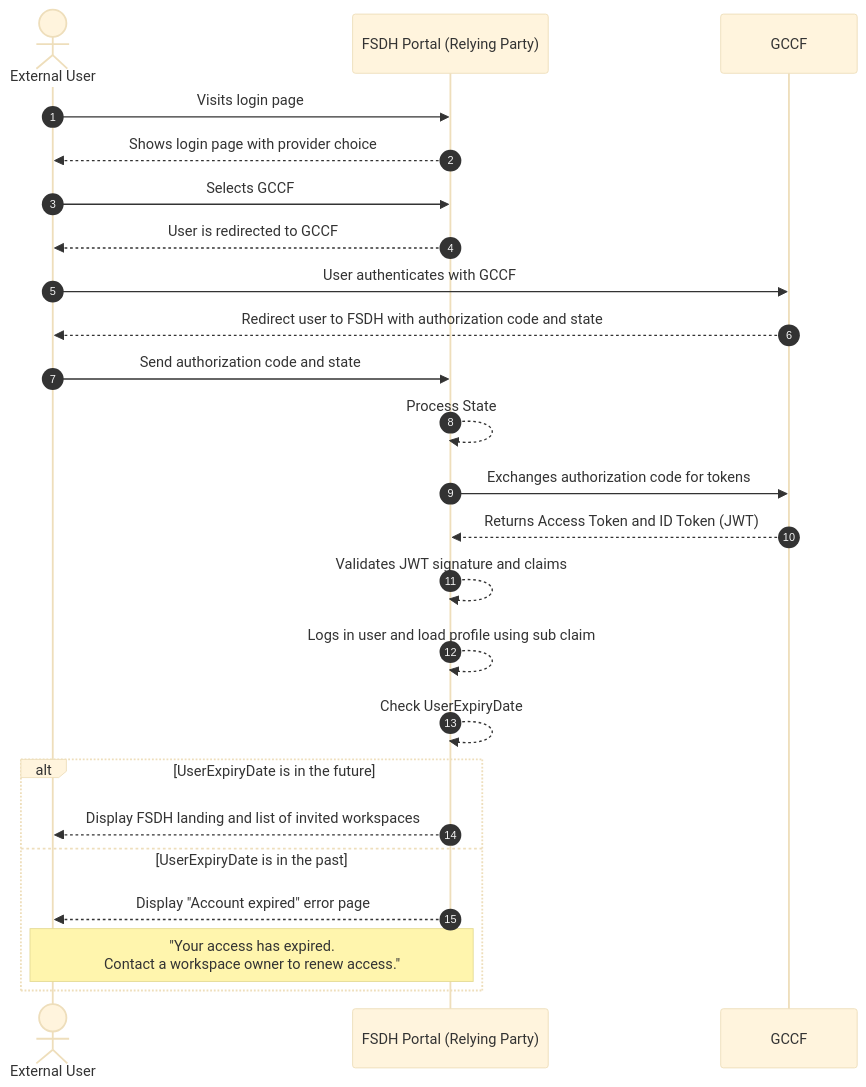
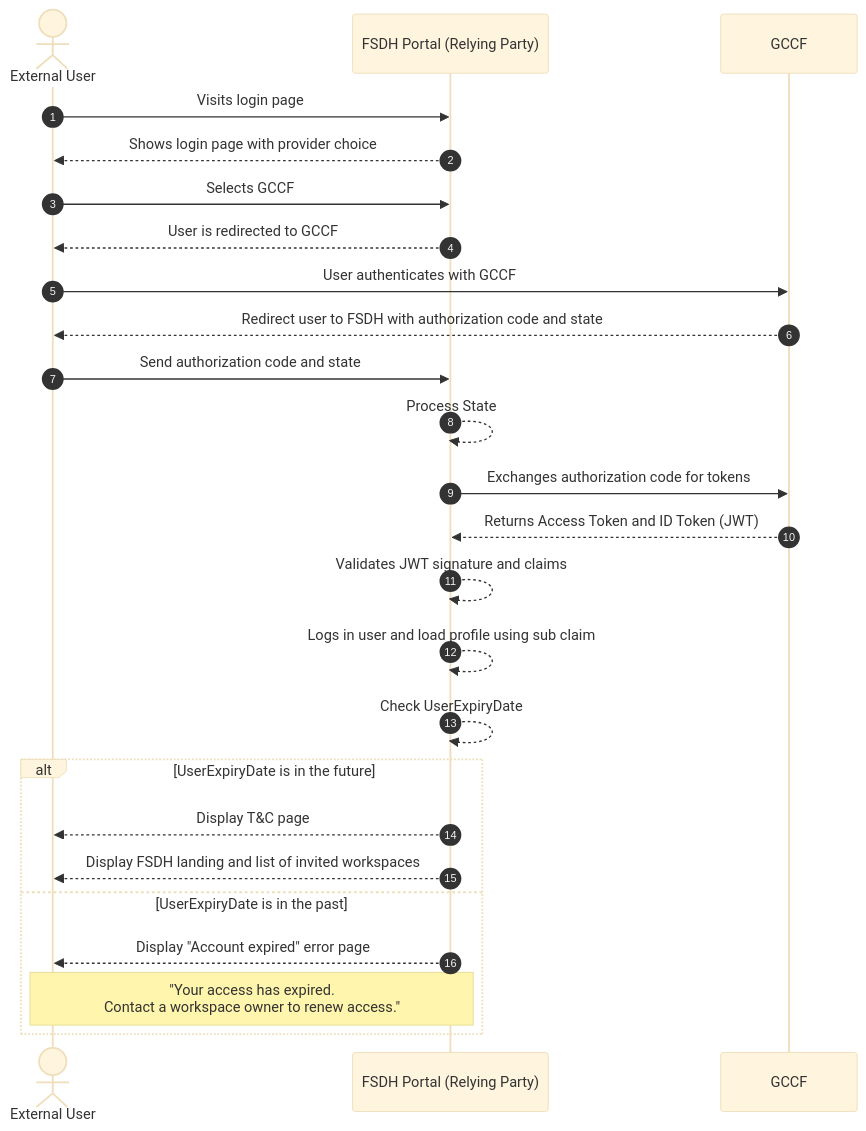
Before and after one commit to ssc-sp/datahub-docs: the first of 12 diagrams in DeveloperGuide/GCCF/AuthenticationFlows.md, drawn with Mermaid (base theme).

Commit message:
Update AuthenticationFlows.md
added t&c page to diagram

````diff
--- a/DeveloperGuide/GCCF/AuthenticationFlows.md
+++ b/DeveloperGuide/GCCF/AuthenticationFlows.md
@@ -11,25 +11,26 @@
 ```mermaid
 sequenceDiagram
     actor User as External User
     participant FSDH as FSDH Portal (Relying Party)
     autonumber
     User->>FSDH: Visits login page
     FSDH-->>User: Shows login page with provider choice
     User->>FSDH: Selects GCCF
     FSDH-->>User: User is redirected to GCCF
     User->>GCCF: User authenticates with GCCF
     GCCF-->>User: Redirect user to FSDH with authorization code and state
     User->>FSDH: Send authorization code and state
     FSDH-->>FSDH: Process State
     FSDH->>GCCF: Exchanges authorization code for tokens
     GCCF-->>FSDH: Returns Access Token and ID Token (JWT)
     FSDH-->>FSDH: Validates JWT signature and claims
     FSDH-->>FSDH: Logs in user and load profile using sub claim
     FSDH-->>FSDH: Check UserExpiryDate
     alt UserExpiryDate is in the future
+        FSDH-->>User: Display T&C page
         FSDH-->>User: Display FSDH landing and list of invited workspaces
     else UserExpiryDate is in the past
         FSDH-->>User: Display "Account expired" error page
         Note over User,FSDH: "Your access has expired.<br/>Contact a workspace owner to renew access."
     end
 ```
````
